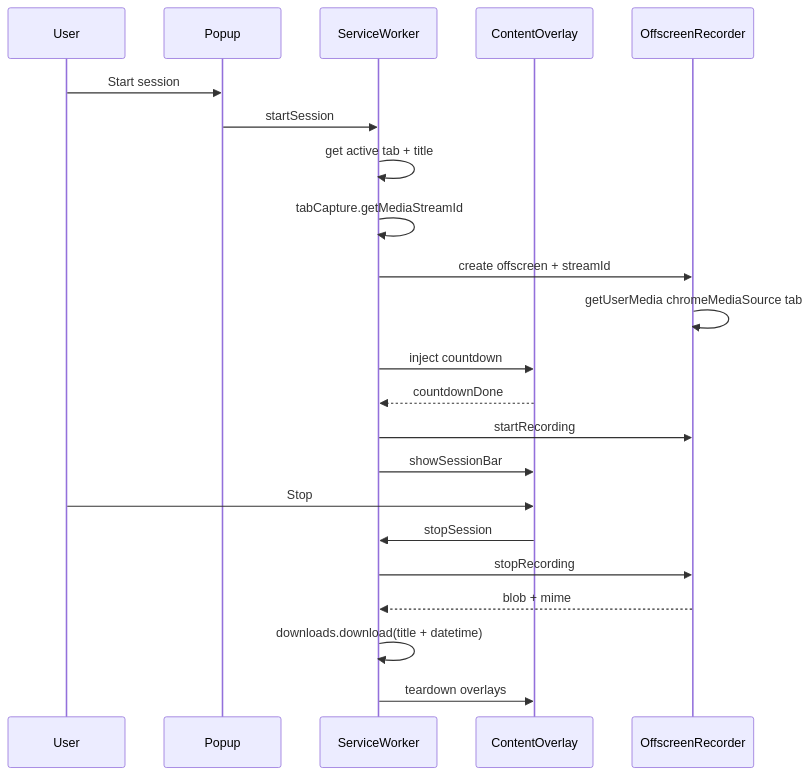
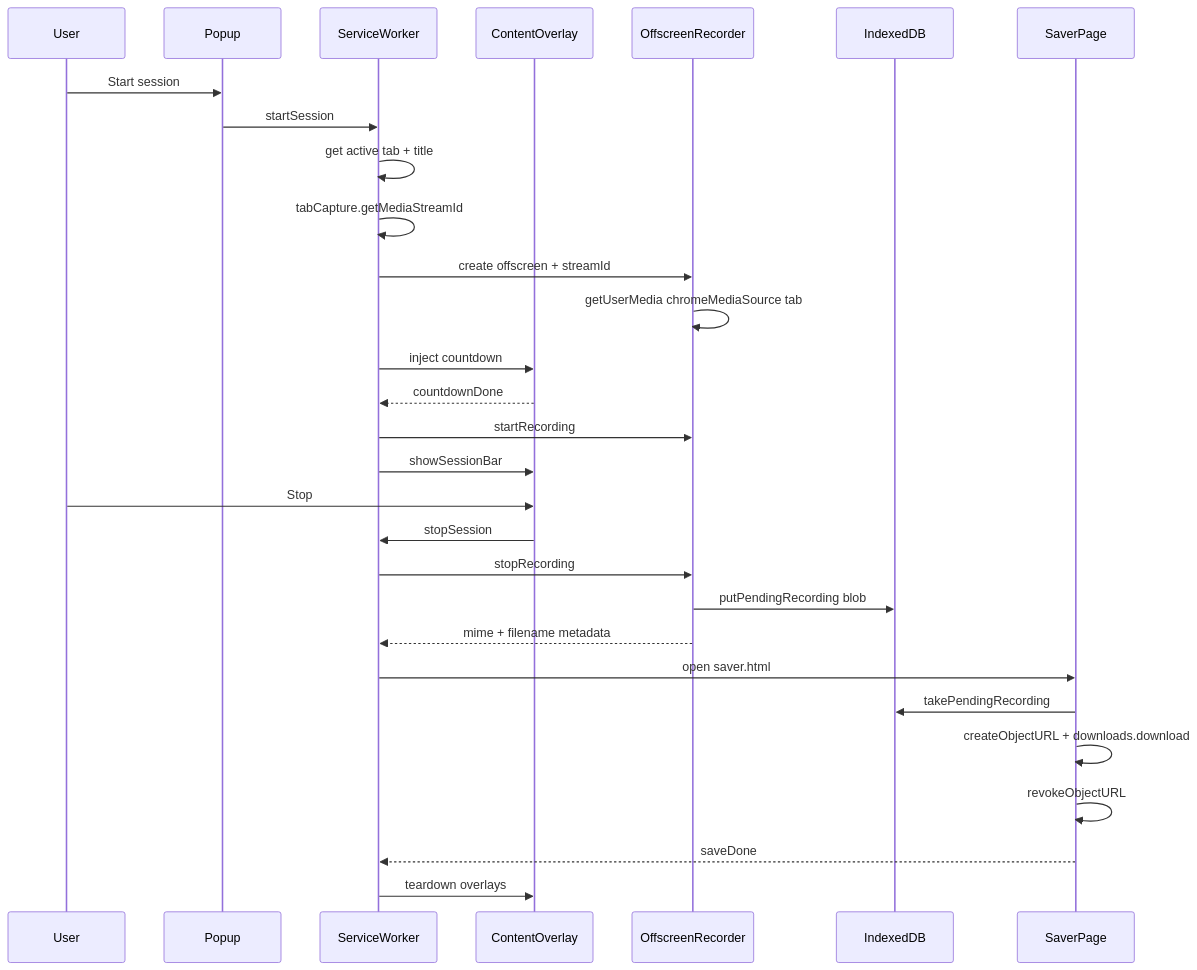
Before and after one commit to exergy-connect/FrameIt: the diagram in README.md, drawn with Mermaid. The commit also changed other lines of this file and 5 other files, not shown here.

First line of the commit message:
Fix recording downloads via IndexedDB and a saver page.

````diff
--- a/README.md
+++ b/README.md
@@ -25,25 +25,32 @@
 ```mermaid
 sequenceDiagram
   participant User
   participant Popup
   participant SW as ServiceWorker
   participant CS as ContentOverlay
   participant OS as OffscreenRecorder
+  participant IDB as IndexedDB
+  participant Saver as SaverPage
 
   User->>Popup: Start session
   Popup->>SW: startSession
   SW->>SW: get active tab + title
   SW->>SW: tabCapture.getMediaStreamId
   SW->>OS: create offscreen + streamId
   OS->>OS: getUserMedia chromeMediaSource tab
   SW->>CS: inject countdown
   CS-->>SW: countdownDone
   SW->>OS: startRecording
   SW->>CS: showSessionBar
   User->>CS: Stop
   CS->>SW: stopSession
   SW->>OS: stopRecording
-  OS-->>SW: blob + mime
-  SW->>SW: downloads.download(title + datetime)
+  OS->>IDB: putPendingRecording blob
+  OS-->>SW: mime + filename metadata
+  SW->>Saver: open saver.html
+  Saver->>IDB: takePendingRecording
+  Saver->>Saver: createObjectURL + downloads.download
+  Saver->>Saver: revokeObjectURL
+  Saver-->>SW: saveDone
   SW->>CS: teardown overlays
 ```
````
